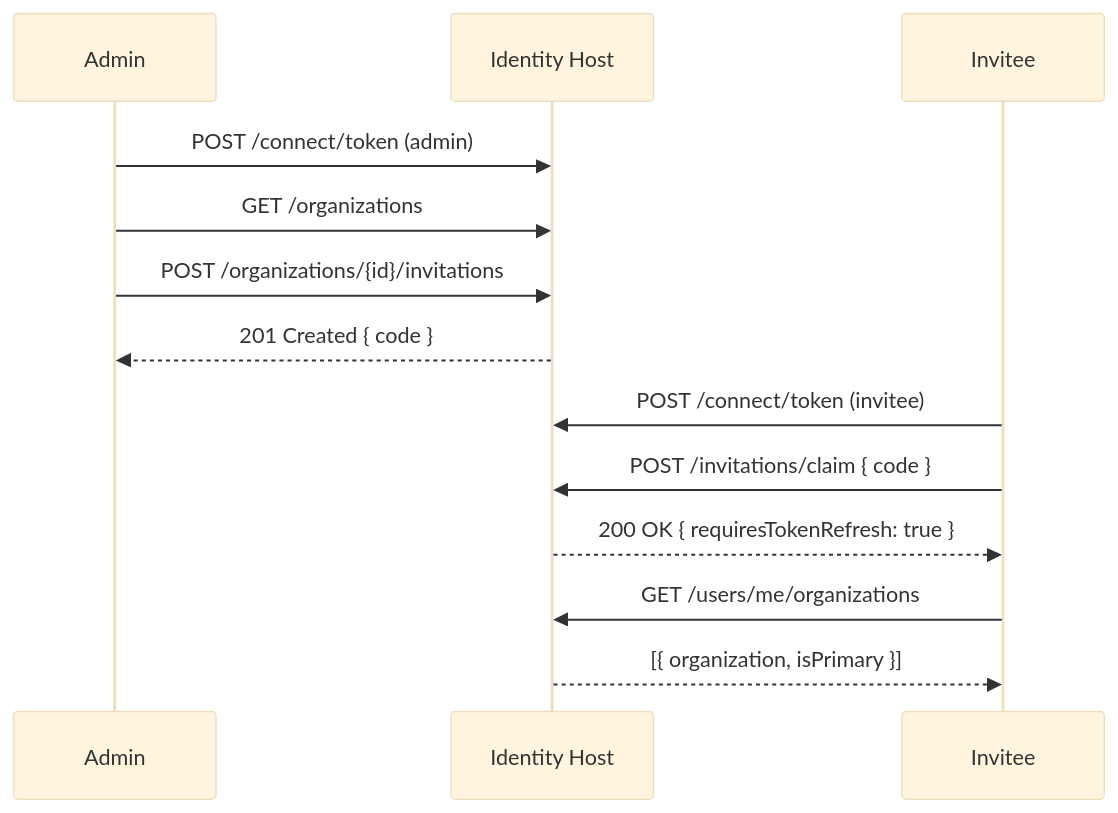
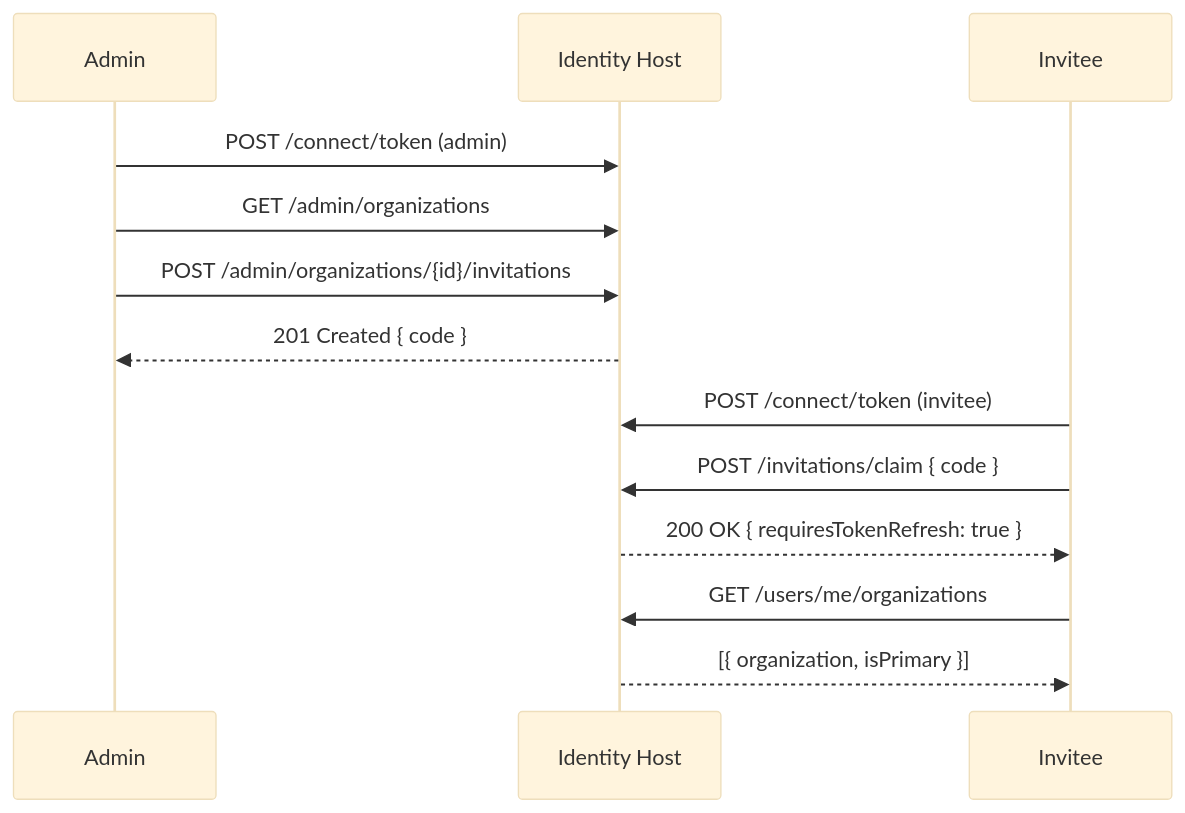
The diagram in docs/playbooks/organization-invitation-flow.md (Amaretto-Software-Labs/identity-base), drawn with Mermaid (base theme) before and after one commit. The commit also changed other lines of this file and 81 other files, not shown here.

````diff
--- a/docs/playbooks/organization-invitation-flow.md
+++ b/docs/playbooks/organization-invitation-flow.md
@@ -98,15 +98,15 @@
 ```mermaid
 sequenceDiagram
   participant Admin
   participant Host as Identity Host
   participant Invitee
   Admin->>Host: POST /connect/token (admin)
-  Admin->>Host: GET /organizations
-  Admin->>Host: POST /organizations/{id}/invitations
+  Admin->>Host: GET /admin/organizations
+  Admin->>Host: POST /admin/organizations/{id}/invitations
   Host-->>Admin: 201 Created { code }
   Invitee->>Host: POST /connect/token (invitee)
   Invitee->>Host: POST /invitations/claim { code }
   Host-->>Invitee: 200 OK { requiresTokenRefresh: true }
   Invitee->>Host: GET /users/me/organizations
   Host-->>Invitee: [{ organization, isPrimary }]
 ```
````
